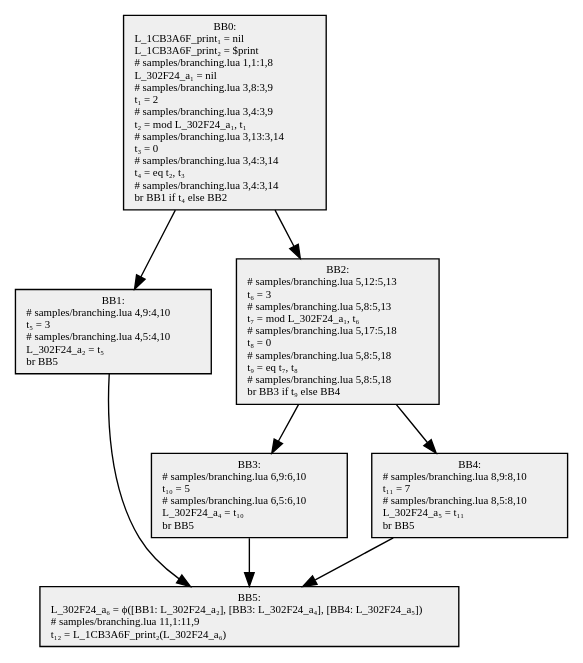
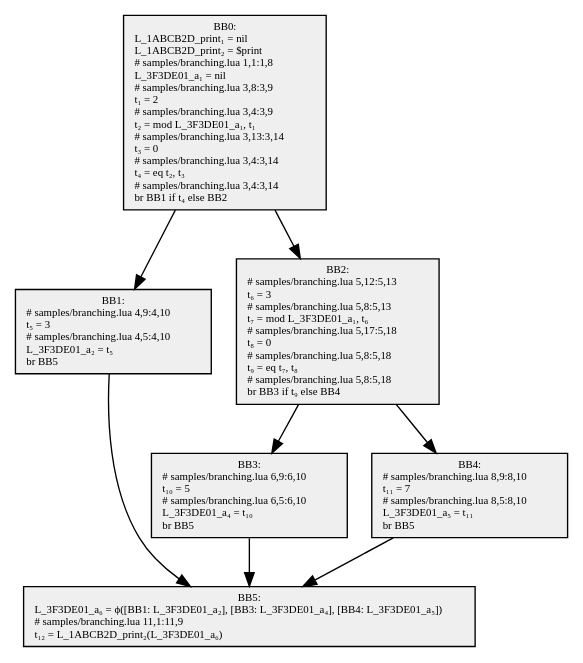
One commit to GGG-KILLER/SimpleCompiler changed the diagram in src/SimpleCompiler.Cli/samples/obj/branching.1.dot. Above: the diagram before and after it, drawn with Graphviz. The commit also changed 26 other files, not shown here.

```diff
--- a/src/SimpleCompiler.Cli/samples/obj/branching.1.dot
+++ b/src/SimpleCompiler.Cli/samples/obj/branching.1.dot
@@ -1,17 +1,17 @@
 digraph {
   node[shape=box style=filled fontsize=8 fontname="Cascadia Code" fillcolor="#efefef"];
-  BB0 [label="BB0:\nL_1CB3A6F_print₁ = nil\lL_1CB3A6F_print₂ = $print\l# samples/branching.lua 1,1:1,8\lL_302F24_a₁ = nil\l# samples/branching.lua 3,8:3,9\lt₁ = 2\l# samples/branching.lua 3,4:3,9\lt₂ = mod L_302F24_a₁, t₁\l# samples/branching.lua 3,13:3,14\lt₃ = 0\l# samples/branching.lua 3,4:3,14\lt₄ = eq t₂, t₃\l# samples/branching.lua 3,4:3,14\lbr BB1 if t₄ else BB2\l"];
-  BB1 [label="BB1:\n# samples/branching.lua 4,9:4,10\lt₅ = 3\l# samples/branching.lua 4,5:4,10\lL_302F24_a₂ = t₅\lbr BB5\l"];
-  BB2 [label="BB2:\n# samples/branching.lua 5,12:5,13\lt₆ = 3\l# samples/branching.lua 5,8:5,13\lt₇ = mod L_302F24_a₁, t₆\l# samples/branching.lua 5,17:5,18\lt₈ = 0\l# samples/branching.lua 5,8:5,18\lt₉ = eq t₇, t₈\l# samples/branching.lua 5,8:5,18\lbr BB3 if t₉ else BB4\l"];
-  BB3 [label="BB3:\n# samples/branching.lua 6,9:6,10\lt₁₀ = 5\l# samples/branching.lua 6,5:6,10\lL_302F24_a₄ = t₁₀\lbr BB5\l"];
-  BB4 [label="BB4:\n# samples/branching.lua 8,9:8,10\lt₁₁ = 7\l# samples/branching.lua 8,5:8,10\lL_302F24_a₅ = t₁₁\lbr BB5\l"];
-  BB5 [label="BB5:\nL_302F24_a₆ = ϕ([BB1: L_302F24_a₂], [BB3: L_302F24_a₄], [BB4: L_302F24_a₅])\l# samples/branching.lua 11,1:11,9\lt₁₂ = L_1CB3A6F_print₂(L_302F24_a₆)\l"];
+  BB0 [label="BB0:\nL_1ABCB2D_print₁ = nil\lL_1ABCB2D_print₂ = $print\l# samples/branching.lua 1,1:1,8\lL_3F3DE01_a₁ = nil\l# samples/branching.lua 3,8:3,9\lt₁ = 2\l# samples/branching.lua 3,4:3,9\lt₂ = mod L_3F3DE01_a₁, t₁\l# samples/branching.lua 3,13:3,14\lt₃ = 0\l# samples/branching.lua 3,4:3,14\lt₄ = eq t₂, t₃\l# samples/branching.lua 3,4:3,14\lbr BB1 if t₄ else BB2\l"];
+  BB1 [label="BB1:\n# samples/branching.lua 4,9:4,10\lt₅ = 3\l# samples/branching.lua 4,5:4,10\lL_3F3DE01_a₂ = t₅\lbr BB5\l"];
+  BB2 [label="BB2:\n# samples/branching.lua 5,12:5,13\lt₆ = 3\l# samples/branching.lua 5,8:5,13\lt₇ = mod L_3F3DE01_a₁, t₆\l# samples/branching.lua 5,17:5,18\lt₈ = 0\l# samples/branching.lua 5,8:5,18\lt₉ = eq t₇, t₈\l# samples/branching.lua 5,8:5,18\lbr BB3 if t₉ else BB4\l"];
+  BB3 [label="BB3:\n# samples/branching.lua 6,9:6,10\lt₁₀ = 5\l# samples/branching.lua 6,5:6,10\lL_3F3DE01_a₄ = t₁₀\lbr BB5\l"];
+  BB4 [label="BB4:\n# samples/branching.lua 8,9:8,10\lt₁₁ = 7\l# samples/branching.lua 8,5:8,10\lL_3F3DE01_a₅ = t₁₁\lbr BB5\l"];
+  BB5 [label="BB5:\nL_3F3DE01_a₆ = ϕ([BB1: L_3F3DE01_a₂], [BB3: L_3F3DE01_a₄], [BB4: L_3F3DE01_a₅])\l# samples/branching.lua 11,1:11,9\lt₁₂ = L_1ABCB2D_print₂(L_3F3DE01_a₆)\l"];
 
   BB0 -> BB1;
   BB0 -> BB2;
   BB2 -> BB3;
   BB2 -> BB4;
   BB1 -> BB5;
   BB3 -> BB5;
   BB4 -> BB5;
 }
```
